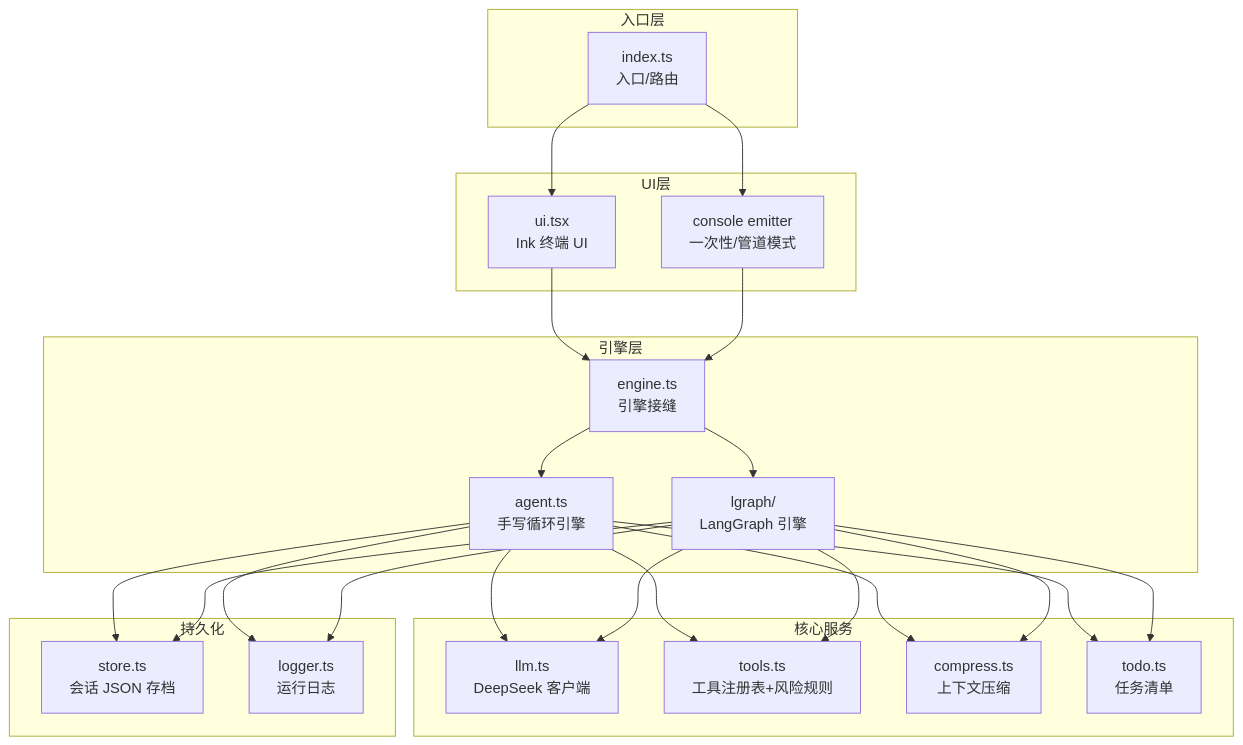
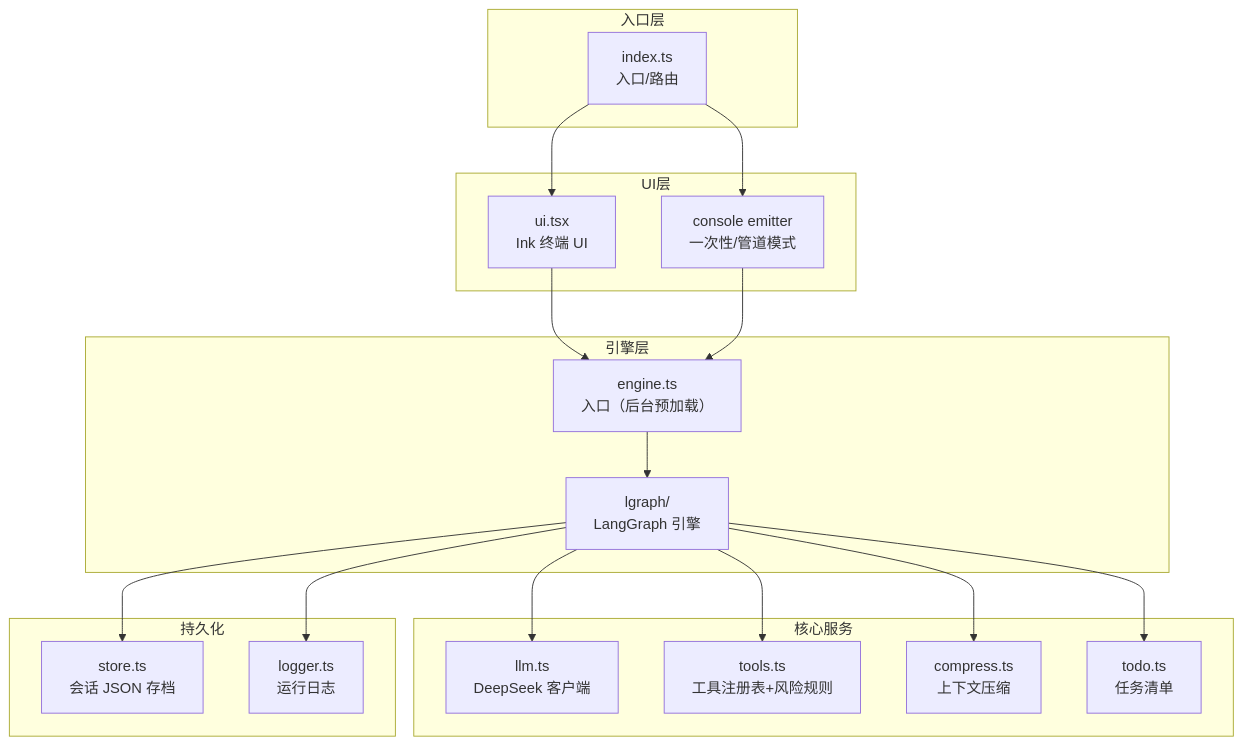
Before and after one commit to galis/Galaude: the first of 5 diagrams in README.md, drawn with Mermaid. The commit also changed other lines of this file and 18 other files, not shown here.

````diff
--- a/README.md
+++ b/README.md
@@ -30,48 +30,40 @@
 ```mermaid
 graph TB
     subgraph 入口层
         CLI["index.ts<br/>入口/路由"]
     end
 
     subgraph UI层
         Ink["ui.tsx<br/>Ink 终端 UI"]
         Console["console emitter<br/>一次性/管道模式"]
     end
 
     subgraph 引擎层
-        Seam["engine.ts<br/>引擎接缝"]
-        HW["agent.ts<br/>手写循环引擎"]
+        Seam["engine.ts<br/>入口（后台预加载）"]
         LG["lgraph/<br/>LangGraph 引擎"]
     end
 
     subgraph 核心服务
         LLM["llm.ts<br/>DeepSeek 客户端"]
         Tools["tools.ts<br/>工具注册表+风险规则"]
         Compress["compress.ts<br/>上下文压缩"]
         Todo["todo.ts<br/>任务清单"]
     end
 
     subgraph 持久化
         Store["store.ts<br/>会话 JSON 存档"]
         Logger["logger.ts<br/>运行日志"]
     end
 
     CLI --> Ink
     CLI --> Console
     Ink --> Seam
     Console --> Seam
-    Seam --> HW
     Seam --> LG
-    HW --> LLM
-    HW --> Tools
-    HW --> Compress
     LG --> LLM
     LG --> Tools
     LG --> Compress
-    HW --> Todo
     LG --> Todo
-    HW --> Store
-    HW --> Logger
     LG --> Store
     LG --> Logger
 ```
````
